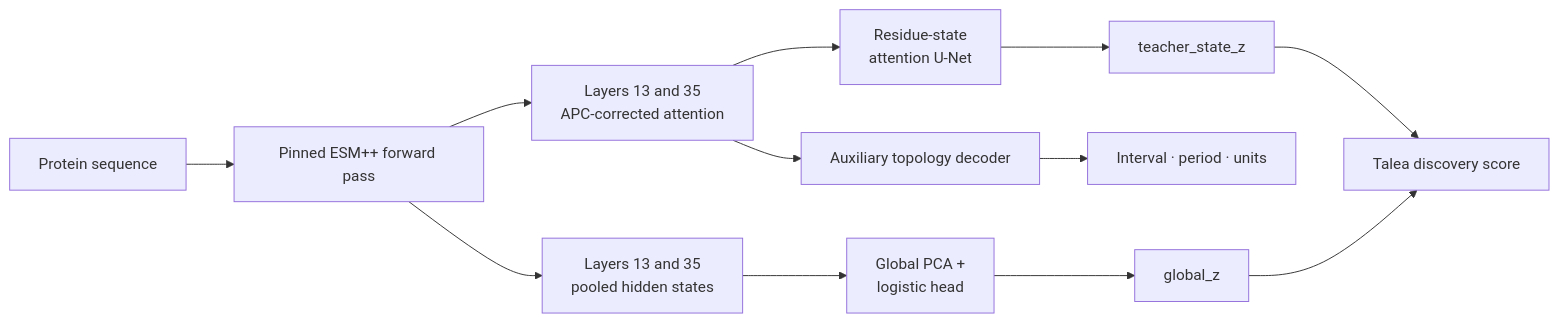
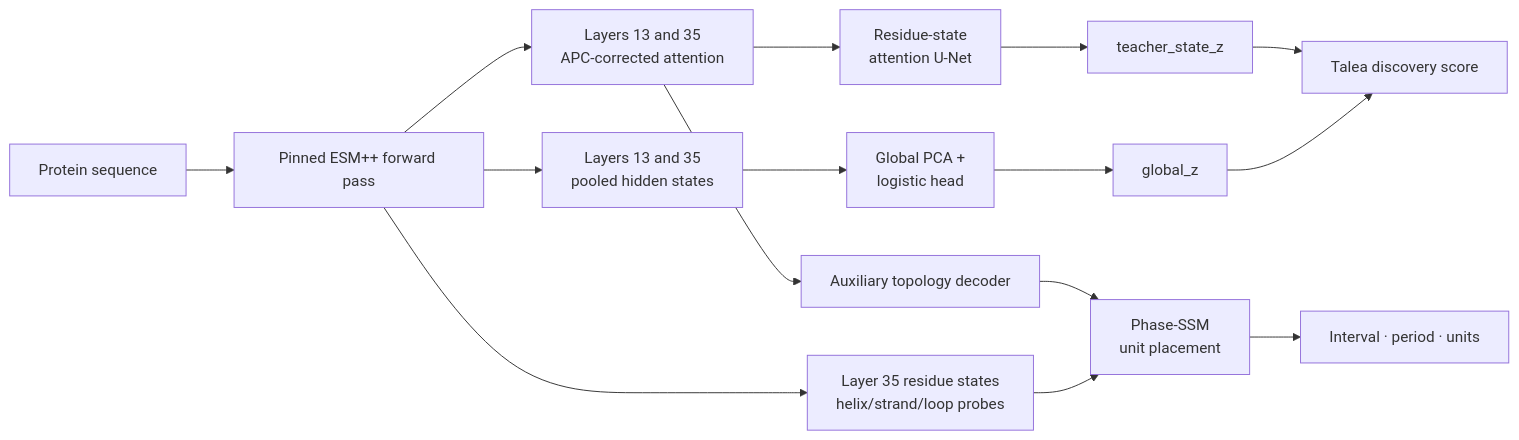
Before and after one commit to jwestrob/Talea: the diagram in README.md, drawn with Mermaid. The commit also changed other lines of this file and 3 other files, not shown here.

````diff
--- a/README.md
+++ b/README.md
@@ -65,17 +65,20 @@
 ```mermaid
 flowchart LR
     S["Protein sequence"] --> E["Pinned ESM++ forward pass"]
     E --> A["Layers 13 and 35<br/>APC-corrected attention"]
     E --> H["Layers 13 and 35<br/>pooled hidden states"]
 
     A --> R["Residue-state<br/>attention U-Net"]
     H --> G["Global PCA +<br/>logistic head"]
 
     R --> ZR["teacher_state_z"]
     G --> ZG["global_z"]
     ZR --> T["Talea discovery score"]
     ZG --> T
 
     A --> L["Auxiliary topology decoder"]
-    L --> O["Interval · period · units"]
+    E --> P["Layer 35 residue states<br/>helix/strand/loop probes"]
+    L --> U["Phase-SSM<br/>unit placement"]
+    P --> U
+    U --> O["Interval · period · units"]
 ```
````
